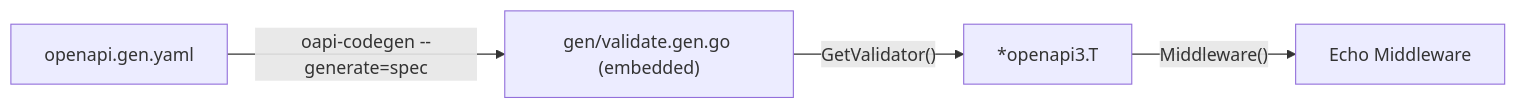
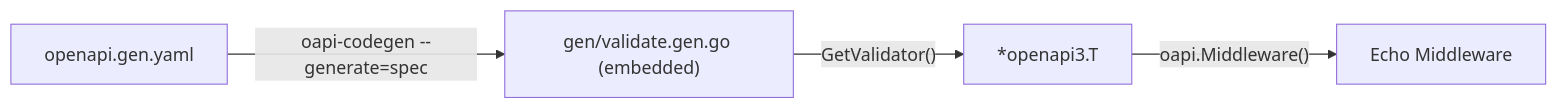
Before and after one commit to Tomy-ch/go-boilerplate: the diagram in internal/controller/httpstack/oapi/validator/README.md, drawn with Mermaid. The commit also changed other lines of this file and 114 other files, not shown here.

````diff
--- a/internal/controller/httpstack/oapi/validator/README.md
+++ b/internal/controller/httpstack/oapi/validator/README.md
@@ -9,6 +9,6 @@
 ```mermaid
 flowchart LR
     Spec["openapi.gen.yaml"] -->|"oapi-codegen --generate=spec"| GenGo["gen/validate.gen.go (embedded)"]
     GenGo -->|"GetValidator()"| Schema["*openapi3.T"]
-    Schema -->|"Middleware()"| MW["Echo Middleware"]
+    Schema -->|"oapi.Middleware()"| MW["Echo Middleware"]
 ```
````
